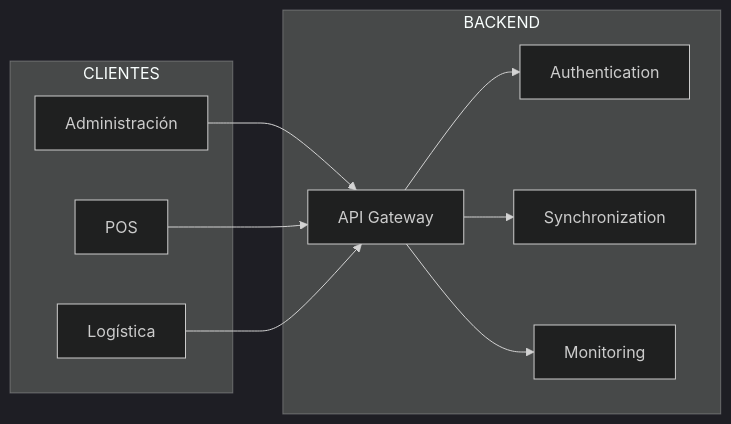
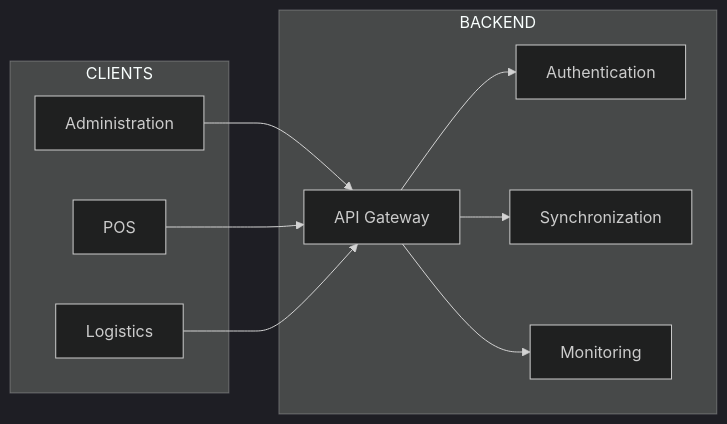
One commit to migueval/software-engineering changed the second of 2 diagrams in Connectivity Strategies in Distributed Systems/README.md. Above: the diagram before and after it, drawn with Mermaid (dark theme). The commit also changed other lines of this file and 19 other files, not shown here.

````diff
--- a/Connectivity Strategies in Distributed Systems/README.md
+++ b/Connectivity Strategies in Distributed Systems/README.md
@@ -332,37 +333,37 @@
 ```mermaid
 flowchart LR
 
-subgraph CLIENTES
+subgraph CLIENTS
 
-ADMIN[Administración]
+ADMIN[Administration]
 
 POS[POS]
 
-LOG[Logística]
+LOG[Logistics]
 
 end
 
 subgraph BACKEND
 
 API[API Gateway]
 
 AUTH[Authentication]
 
 SYNC[Synchronization]
 
 MONITOR[Monitoring]
 
 end
 
 ADMIN --> API
 
 POS --> API
 
 LOG --> API
 
 API --> AUTH
 
 API --> SYNC
 
 API --> MONITOR
 ```
````
